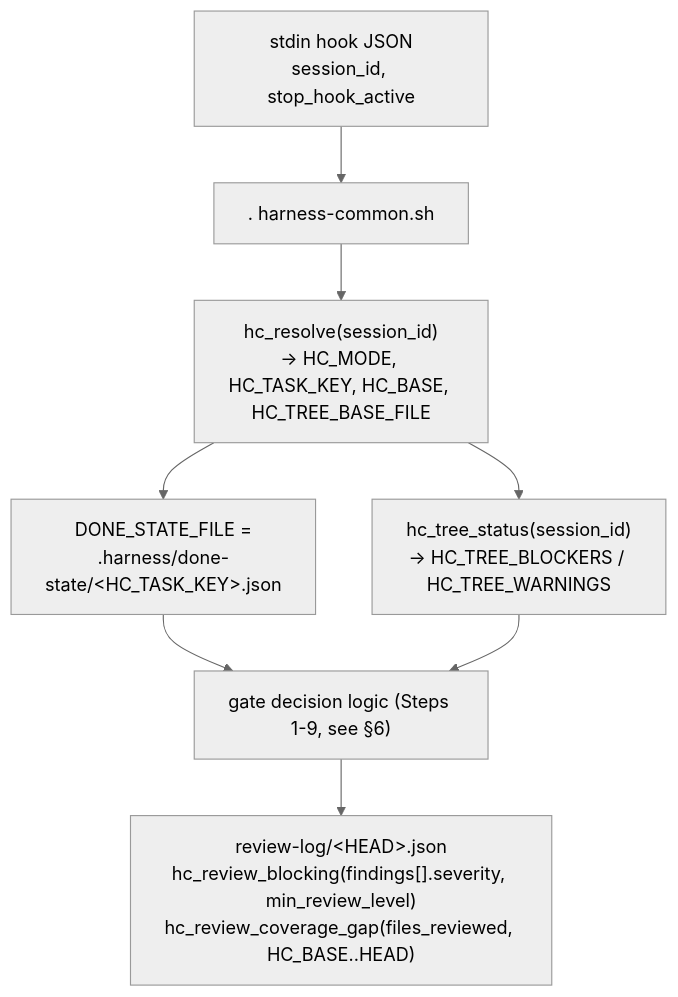
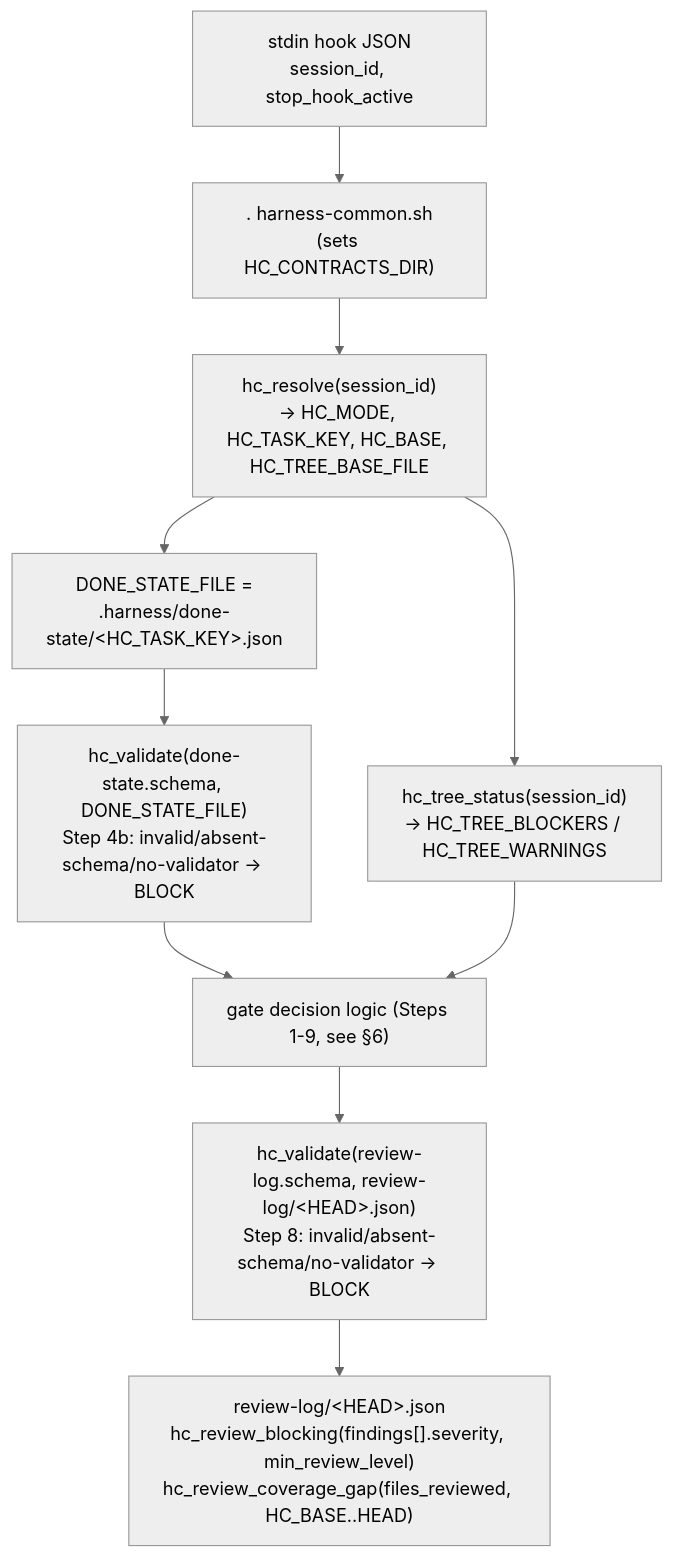
Before and after one commit to pehota/harlo: the fourth of 10 diagrams in docs/architecture.md, drawn with Mermaid (neutral theme). The commit also changed other lines of this file and 1 other file, not shown here.

First line of the commit message:
docs(harness): re-sync architecture and design to hard contracts

````diff
--- a/docs/architecture.md
+++ b/docs/architecture.md
@@ -202,10 +235,12 @@
 ```mermaid
 flowchart TD
-  IN["stdin hook JSON<br/>session_id, stop_hook_active"] --> SRC[". harness-common.sh"]
+  IN["stdin hook JSON<br/>session_id, stop_hook_active"] --> SRC[". harness-common.sh<br/>(sets HC_CONTRACTS_DIR)"]
   SRC --> R["hc_resolve(session_id)<br/>→ HC_MODE, HC_TASK_KEY, HC_BASE, HC_TREE_BASE_FILE"]
   R --> KEY["DONE_STATE_FILE =<br/>.harness/done-state/&lt;HC_TASK_KEY&gt;.json"]
   R --> T["hc_tree_status(session_id)<br/>→ HC_TREE_BLOCKERS / HC_TREE_WARNINGS"]
-  KEY --> DEC["gate decision logic (Steps 1-9, see §6)"]
+  KEY --> V1["hc_validate(done-state.schema, DONE_STATE_FILE)<br/>Step 4b: invalid/absent-schema/no-validator → BLOCK"]
+  V1 --> DEC["gate decision logic (Steps 1-9, see §6)"]
   T --> DEC
-  DEC --> RL["review-log/&lt;HEAD&gt;.json<br/>hc_review_blocking(findings[].severity, min_review_level)<br/>hc_review_coverage_gap(files_reviewed, HC_BASE..HEAD)"]
+  DEC --> V2["hc_validate(review-log.schema, review-log/&lt;HEAD&gt;.json)<br/>Step 8: invalid/absent-schema/no-validator → BLOCK"]
+  V2 --> RL["review-log/&lt;HEAD&gt;.json<br/>hc_review_blocking(findings[].severity, min_review_level)<br/>hc_review_coverage_gap(files_reviewed, HC_BASE..HEAD)"]
 ```
````
